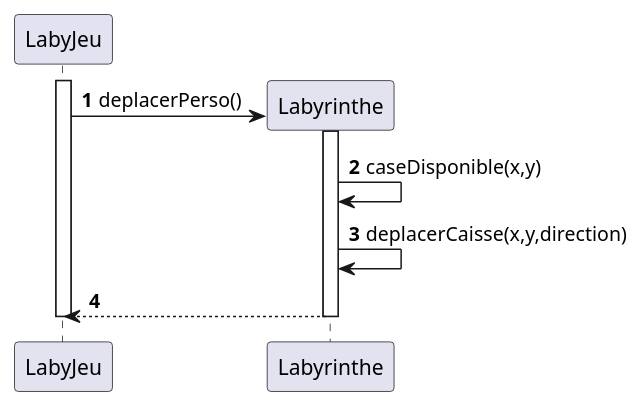
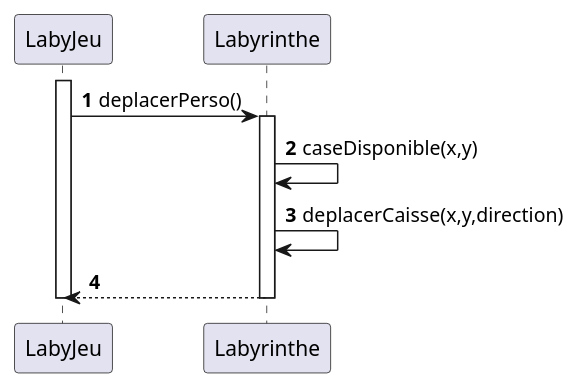
One commit to Flotss/Zeldiablo changed the diagram in documents/version_3/DeplacerCaisse.puml. Above: the diagram before and after it, drawn with PlantUML.

Commit message:
modif diag v3

```diff
--- a/documents/version_3/DeplacerCaisse.puml
+++ b/documents/version_3/DeplacerCaisse.puml
@@ -1,22 +1,22 @@
 @startuml
 'https://plantuml.com/sequence-diagram
 
 autonumber
 
-create LabyJeu
-create Labyrinthe
+participant LabyJeu
+participant Labyrinthe
 
 
 activate LabyJeu
 
 LabyJeu -> Labyrinthe : deplacerPerso()
 activate Labyrinthe
 Labyrinthe -> Labyrinthe : caseDisponible(x,y)
 Labyrinthe -> Labyrinthe : deplacerCaisse(x,y,direction)
 Labyrinthe --> LabyJeu :
 deactivate Labyrinthe
 deactivate LabyJeu
 
 
 
 @enduml
```
